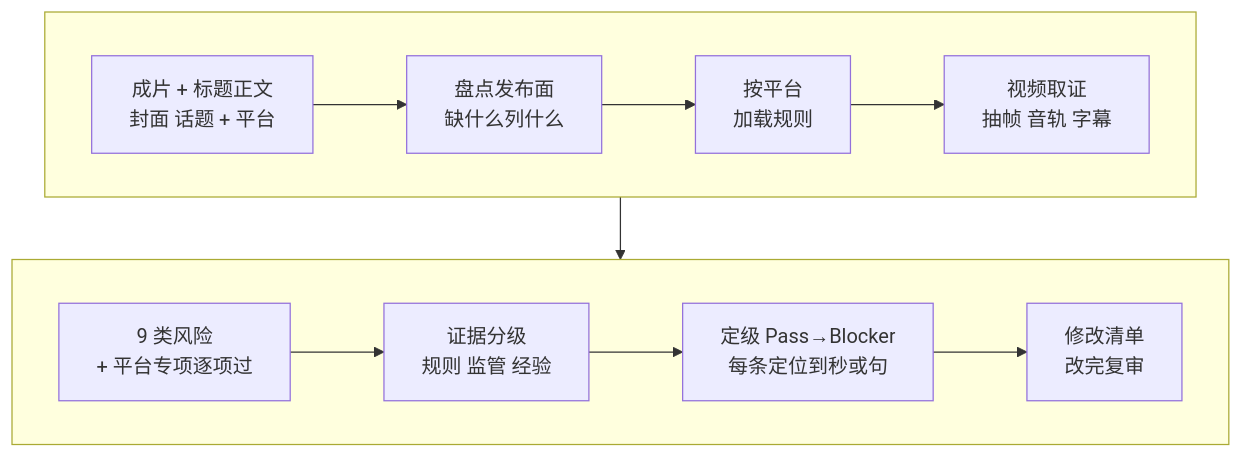
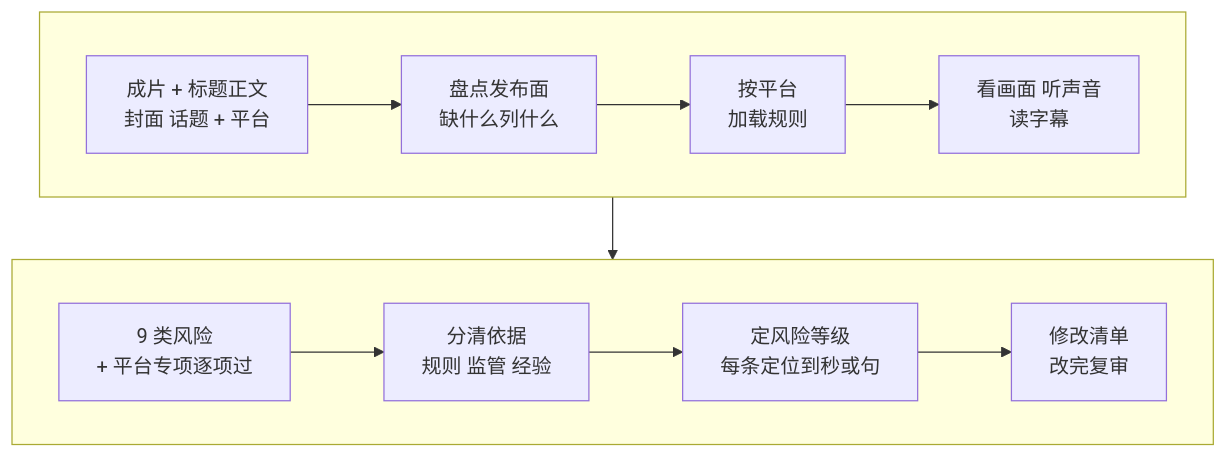
The diagram in 自媒体教程/课程/6-1-发布前审核.md (JuneYaooo/media-teach), drawn with Mermaid before and after one commit. The commit also changed other lines of this file and 46 other files, not shown here.

````diff
--- a/自媒体教程/课程/6-1-发布前审核.md
+++ b/自媒体教程/课程/6-1-发布前审核.md
@@ -17,12 +19,12 @@
 ```mermaid
 flowchart TB
   subgraph R1[" "]
     direction LR
-    A[成片 + 标题正文<br>封面 话题 + 平台] --> B[盘点发布面<br>缺什么列什么] --> C[按平台<br>加载规则] --> D[视频取证<br>抽帧 音轨 字幕]
+    A[成片 + 标题正文<br>封面 话题 + 平台] --> B[盘点发布面<br>缺什么列什么] --> C[按平台<br>加载规则] --> D[看画面 听声音<br>读字幕]
   end
   subgraph R2[" "]
     direction LR
-    E[9 类风险<br>+ 平台专项逐项过] --> F[证据分级<br>规则 监管 经验] --> G[定级 Pass→Blocker<br>每条定位到秒或句] --> H[修改清单<br>改完复审]
+    E[9 类风险<br>+ 平台专项逐项过] --> F[分清依据<br>规则 监管 经验] --> G[定风险等级<br>每条定位到秒或句] --> H[修改清单<br>改完复审]
   end
   R1 --> R2
 ```
````
